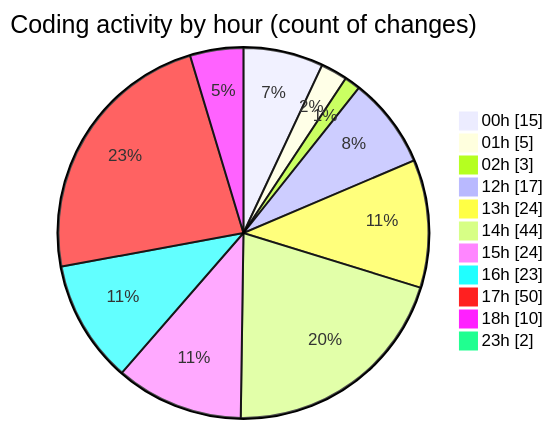
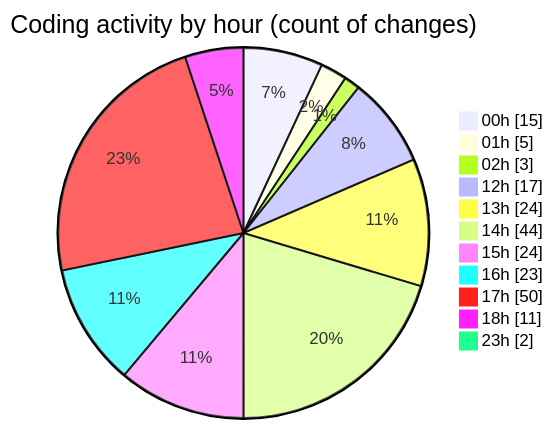
The second of 2 diagrams in 2025-08-13/rentotp/README.md (lephambinh05/code-tracking), drawn with Mermaid before and after one commit. The commit also changed other lines of this file and 1 other file, not shown here.

````diff
--- a/2025-08-13/rentotp/README.md
+++ b/2025-08-13/rentotp/README.md
@@ -60,15 +60,15 @@
 ```mermaid
 pie showData
 title Coding activity by hour (count of changes)
 "00h" : 15
 "01h" : 5
 "02h" : 3
 "12h" : 17
 "13h" : 24
 "14h" : 44
 "15h" : 24
 "16h" : 23
 "17h" : 50
-"18h" : 10
+"18h" : 11
 "23h" : 2
 ```
````
